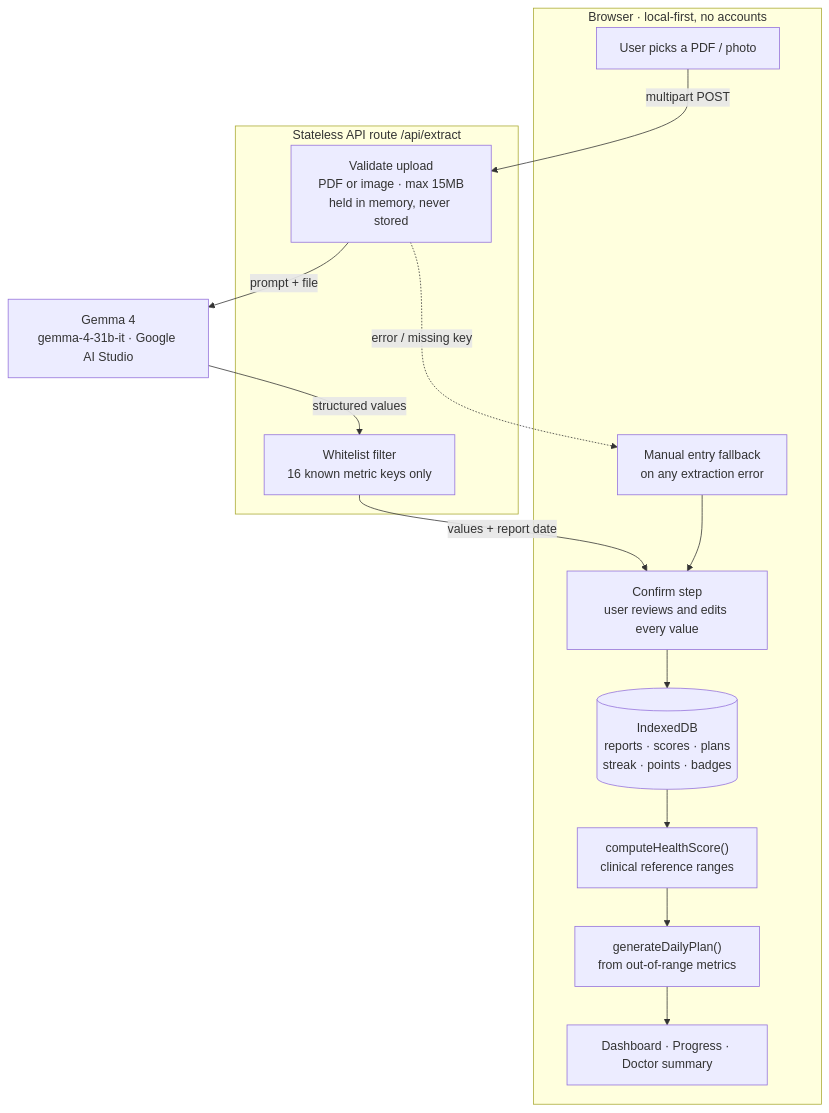
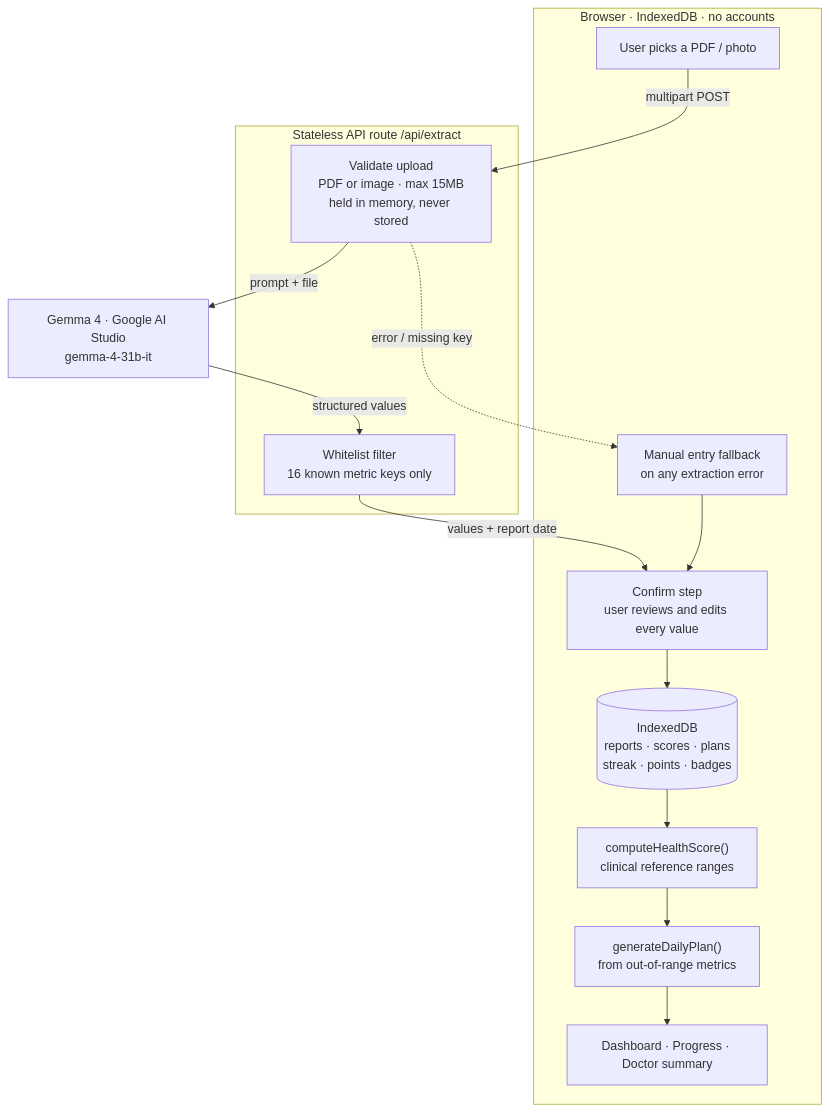
The first of 2 diagrams in README.md (fozagtx/bethealth), drawn with Mermaid before and after one commit. The commit also changed other lines of this file and 13 other files, not shown here.

````diff
--- a/README.md
+++ b/README.md
@@ -34,28 +36,28 @@
 ```mermaid
 flowchart TD
-    subgraph client["Browser · local-first, no accounts"]
+    subgraph client["Browser · IndexedDB · no accounts"]
         upload["User picks a PDF / photo"]
         confirm["Confirm step<br/>user reviews and edits every value"]
         manual["Manual entry fallback<br/>on any extraction error"]
         db[("IndexedDB<br/>reports · scores · plans<br/>streak · points · badges")]
         score["computeHealthScore()<br/>clinical reference ranges"]
         plan["generateDailyPlan()<br/>from out-of-range metrics"]
         ui["Dashboard · Progress · Doctor summary"]
     end
 
     subgraph server["Stateless API route /api/extract"]
         validate["Validate upload<br/>PDF or image · max 15MB<br/>held in memory, never stored"]
         filter["Whitelist filter<br/>16 known metric keys only"]
     end
 
-    gemma["Gemma 4<br/>gemma-4-31b-it · Google AI Studio"]
+    gemma["Gemma 4 · Google AI Studio<br/>gemma-4-31b-it"]
 
     upload -->|multipart POST| validate
     validate -->|prompt + file| gemma
     gemma -->|structured values| filter
     filter -->|values + report date| confirm
     validate -.->|error / missing key| manual
     manual --> confirm
     confirm --> db
     db --> score --> plan --> ui
 ```
````
